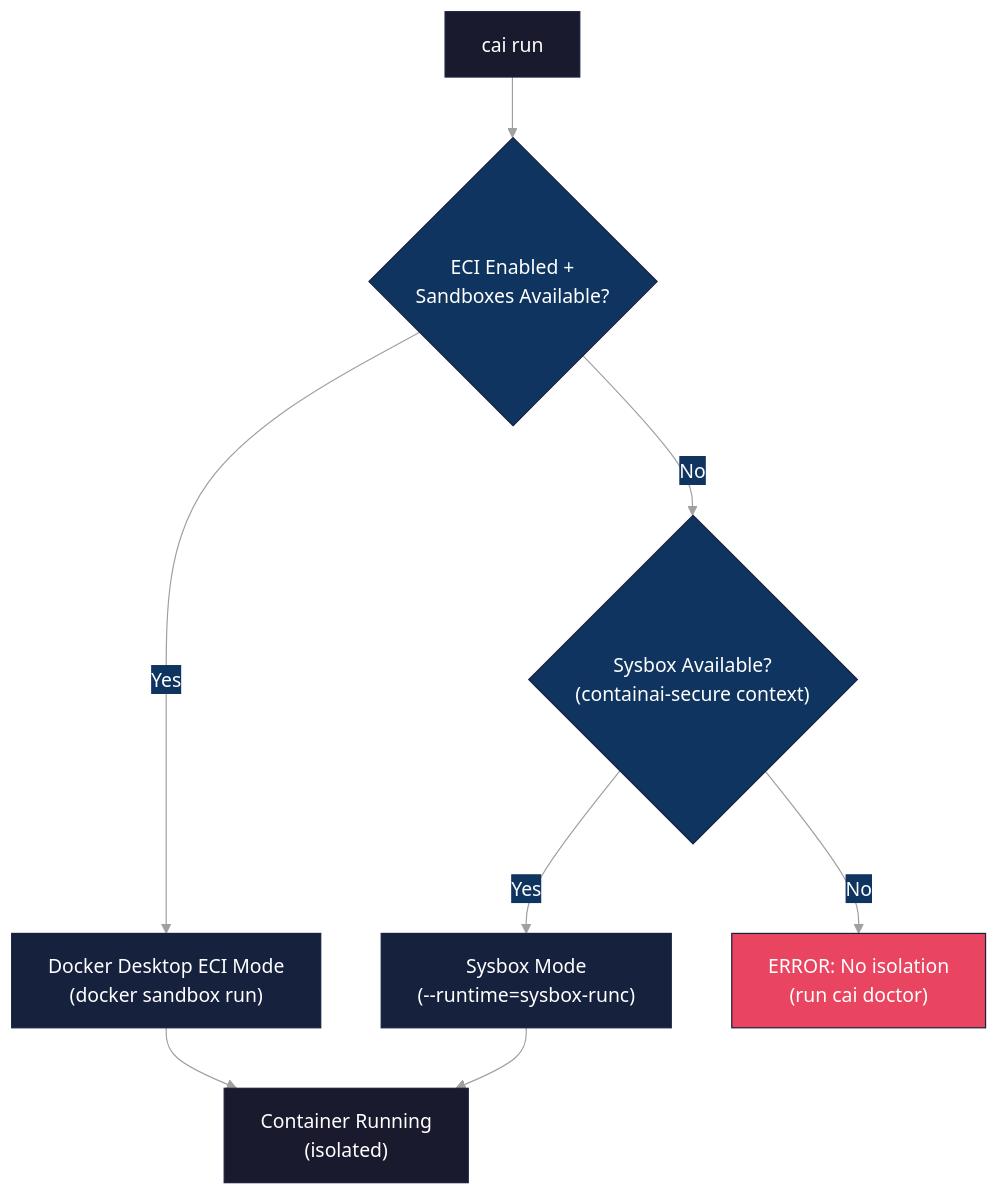
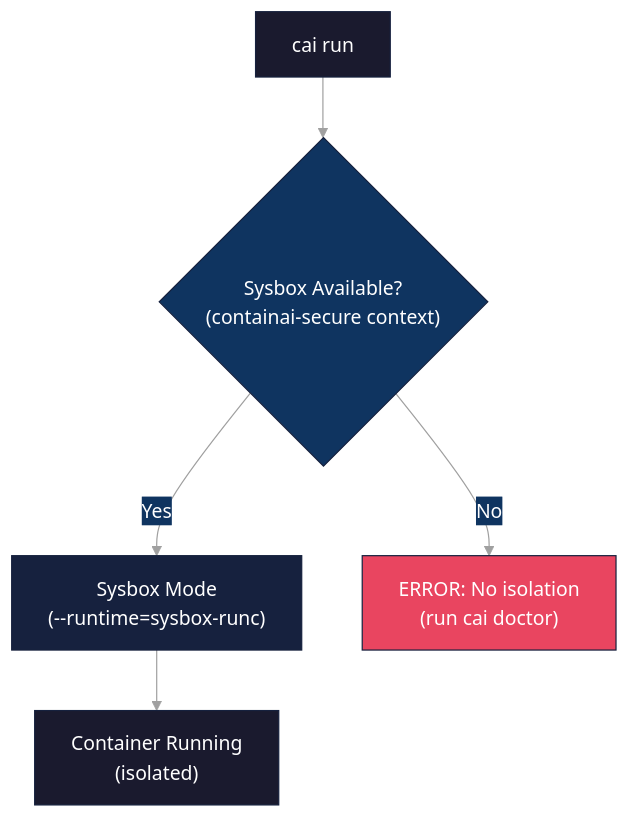
The fourth of 8 diagrams in docs/architecture.md (novotnyllc/ContainAI), drawn with Mermaid before and after one commit. The commit also changed other lines of this file and 3 other files, not shown here.

````diff
--- a/docs/architecture.md
+++ b/docs/architecture.md
@@ -191,31 +187,25 @@
 ```mermaid
 %%{init: {'theme': 'base', 'themeVariables': {
   'primaryColor': '#1a1a2e',
   'primaryTextColor': '#ffffff',
   'primaryBorderColor': '#16213e',
   'secondaryColor': '#0f3460',
   'tertiaryColor': '#1a1a2e',
   'lineColor': '#a0a0a0',
   'textColor': '#ffffff',
   'background': '#0d1117'
 }}}%%
 flowchart TD
-    Start["cai run"] --> ECICheck{"ECI Enabled +<br/>Sandboxes Available?"}
-
-    ECICheck -->|Yes| ECI["Docker Desktop ECI Mode<br/>(docker sandbox run)"]
-    ECICheck -->|No| SysboxCheck{"Sysbox Available?<br/>(containai-secure context)"}
+    Start["cai run"] --> SysboxCheck{"Sysbox Available?<br/>(containai-secure context)"}
 
     SysboxCheck -->|Yes| Sysbox["Sysbox Mode<br/>(--runtime=sysbox-runc)"]
     SysboxCheck -->|No| Fail["ERROR: No isolation<br/>(run cai doctor)"]
 
-    ECI --> Container["Container Running<br/>(isolated)"]
-    Sysbox --> Container
+    Sysbox --> Container["Container Running<br/>(isolated)"]
 
     style Start fill:#1a1a2e,stroke:#16213e,color:#fff
-    style ECICheck fill:#0f3460,stroke:#16213e,color:#fff
     style SysboxCheck fill:#0f3460,stroke:#16213e,color:#fff
-    style ECI fill:#16213e,stroke:#16213e,color:#fff
     style Sysbox fill:#16213e,stroke:#16213e,color:#fff
     style Fail fill:#e94560,stroke:#16213e,color:#fff
     style Container fill:#1a1a2e,stroke:#16213e,color:#fff
 ```
````
